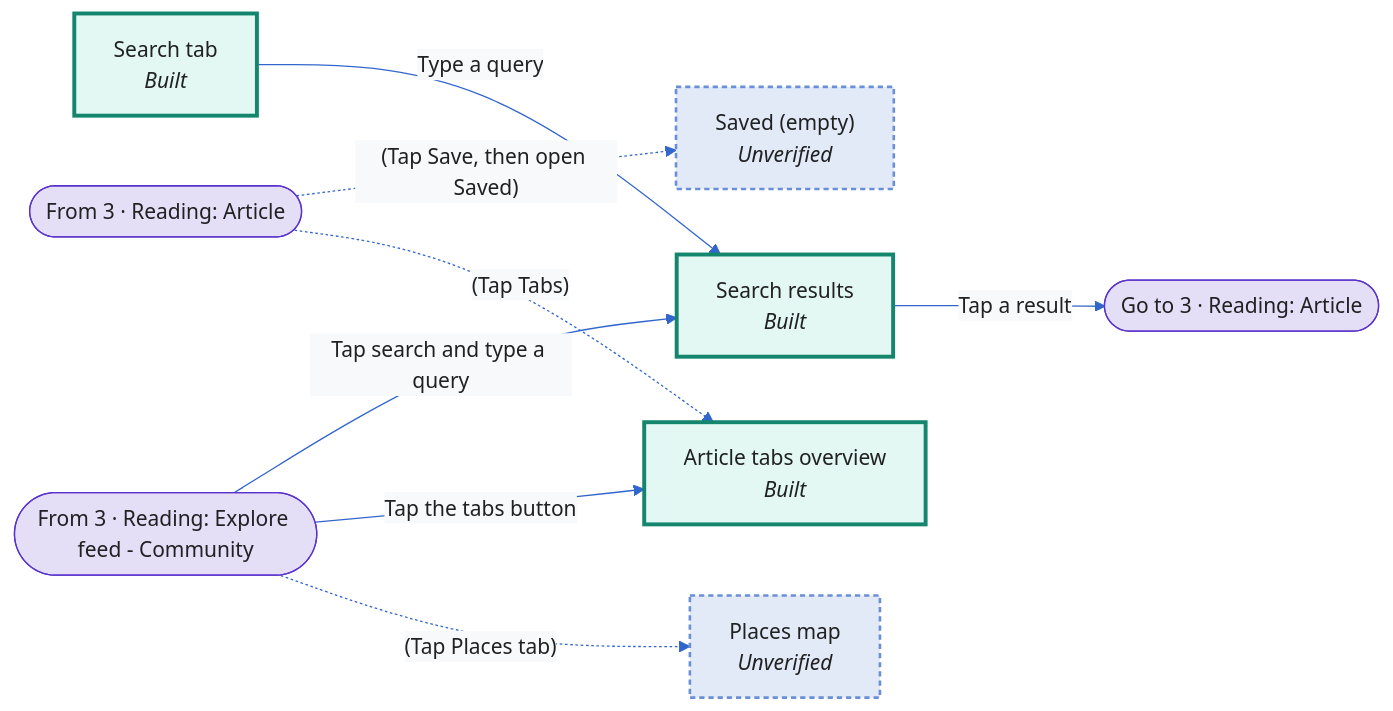
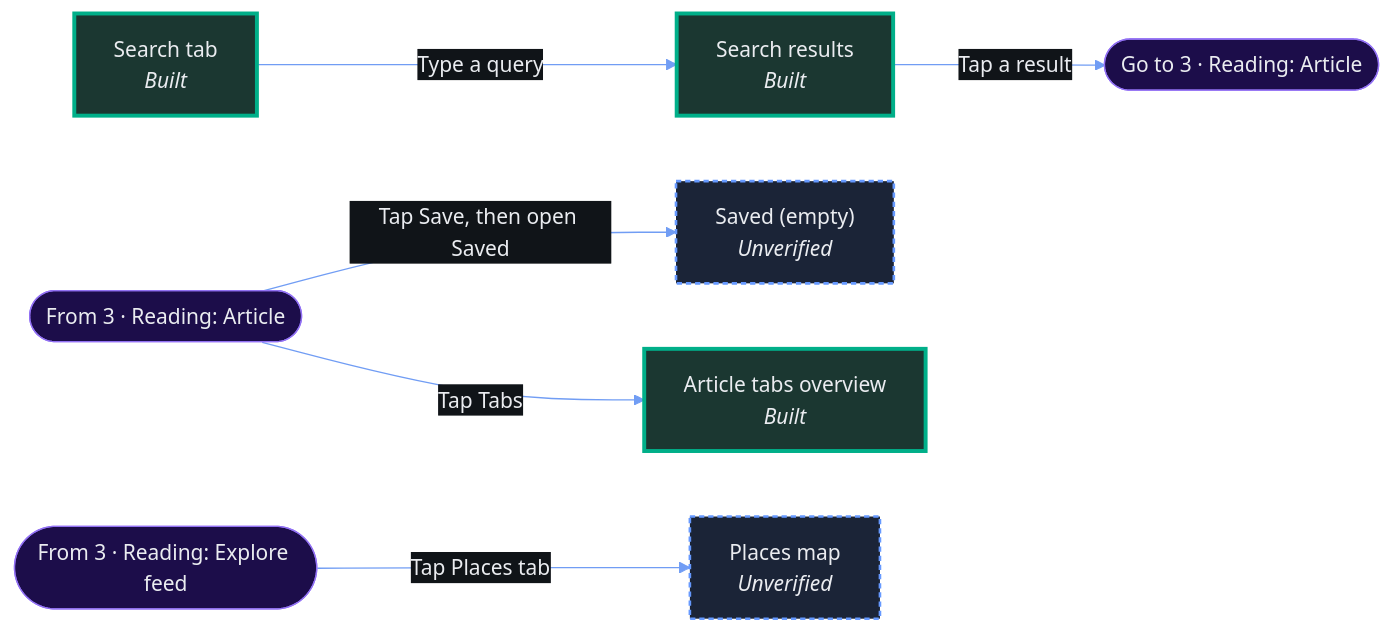
Before and after one commit to enjojoy/user-story-maps: the seventh of 8 diagrams in examples/wikipedia-ios/generated/story-map.md, drawn with Mermaid. The commit also changed other lines of this file and 114 other files, not shown here.

````diff
--- a/examples/wikipedia-ios/generated/story-map.md
+++ b/examples/wikipedia-ios/generated/story-map.md
@@ -283,24 +271,22 @@
 ```mermaid
-%%{init: {"theme":"base","themeVariables":{"fontFamily":"Helvetica","fontSize":"16px","primaryColor":"#FFFFFF","primaryTextColor":"#202122","primaryBorderColor":"#3366CC","lineColor":"#3366CC","secondaryColor":"#F8F9FA","tertiaryColor":"#F0F2F4"}}}%%
+%%{init: {"theme":"base","themeVariables":{"fontFamily":"Helvetica","fontSize":"16px","primaryColor":"#000000","primaryTextColor":"#EAECF0","primaryBorderColor":"#719DF4","lineColor":"#719DF4","secondaryColor":"#101418","tertiaryColor":"#1A1A1A"}}}%%
 flowchart LR
   n_search["Search tab<br/><i>Built</i>"]:::built
   n_search_results["Search results<br/><i>Built</i>"]:::built
   n_saved["Saved (empty)<br/><i>Unverified</i>"]:::unverified
   n_tabs_overview["Article tabs overview<br/><i>Built</i>"]:::built
   n_places["Places map<br/><i>Unverified</i>"]:::unverified
-  n_in_home(["From 3 · Reading: Explore feed - Community"]):::portal
   n_out_article(["Go to 3 · Reading: Article"]):::portal
   n_in_article(["From 3 · Reading: Article"]):::portal
-  n_in_home -->|"Tap search and type a query"| n_search_results
+  n_in_home(["From 3 · Reading: Explore feed"]):::portal
   n_search -->|"Type a query"| n_search_results
   n_search_results -->|"Tap a result"| n_out_article
-  n_in_article -.->|"(Tap Save, then open Saved)"| n_saved
-  n_in_article -.->|"(Tap Tabs)"| n_tabs_overview
-  n_in_home -->|"Tap the tabs button"| n_tabs_overview
-  n_in_home -.->|"(Tap Places tab)"| n_places
-  classDef built fill:#E3F7F3,stroke:#14866D,stroke-width:3px,color:#202122;
-  classDef partly fill:#F7F2E3,stroke:#D9A300,stroke-width:3px,color:#202122;
-  classDef unverified fill:#E3EAF7,stroke:#6B8FD6,stroke-width:2px,stroke-dasharray:4 3,color:#202122;
-  classDef missing fill:#E3ECF7,stroke:#72777D,stroke-width:2px,stroke-dasharray:5 4,color:#202122;
-  classDef portal fill:#E4DEF7,stroke:#5933CC,color:#202122;
+  n_in_article -->|"Tap Save, then open Saved"| n_saved
+  n_in_article -->|"Tap Tabs"| n_tabs_overview
+  n_in_home -->|"Tap Places tab"| n_places
+  classDef built fill:#1B3731,stroke:#00AF89,stroke-width:3px,color:#EAECF0;
+  classDef partly fill:#37301B,stroke:#FFCC33,stroke-width:3px,color:#EAECF0;
+  classDef unverified fill:#1B2437,stroke:#6699FF,stroke-width:2px,stroke-dasharray:4 3,color:#EAECF0;
+  classDef missing fill:#1B2837,stroke:#A2A9B1,stroke-width:2px,stroke-dasharray:5 4,color:#EAECF0;
+  classDef portal fill:#1C0D4A,stroke:#9271F4,color:#EAECF0;
 ```
````
